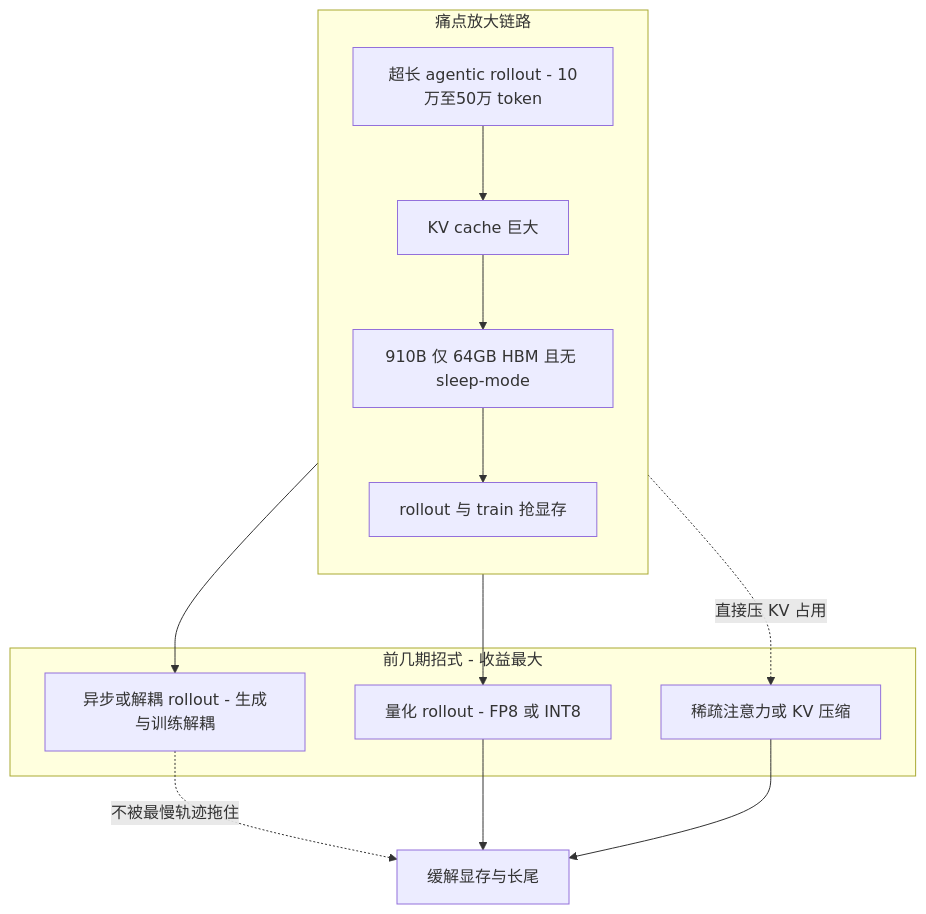
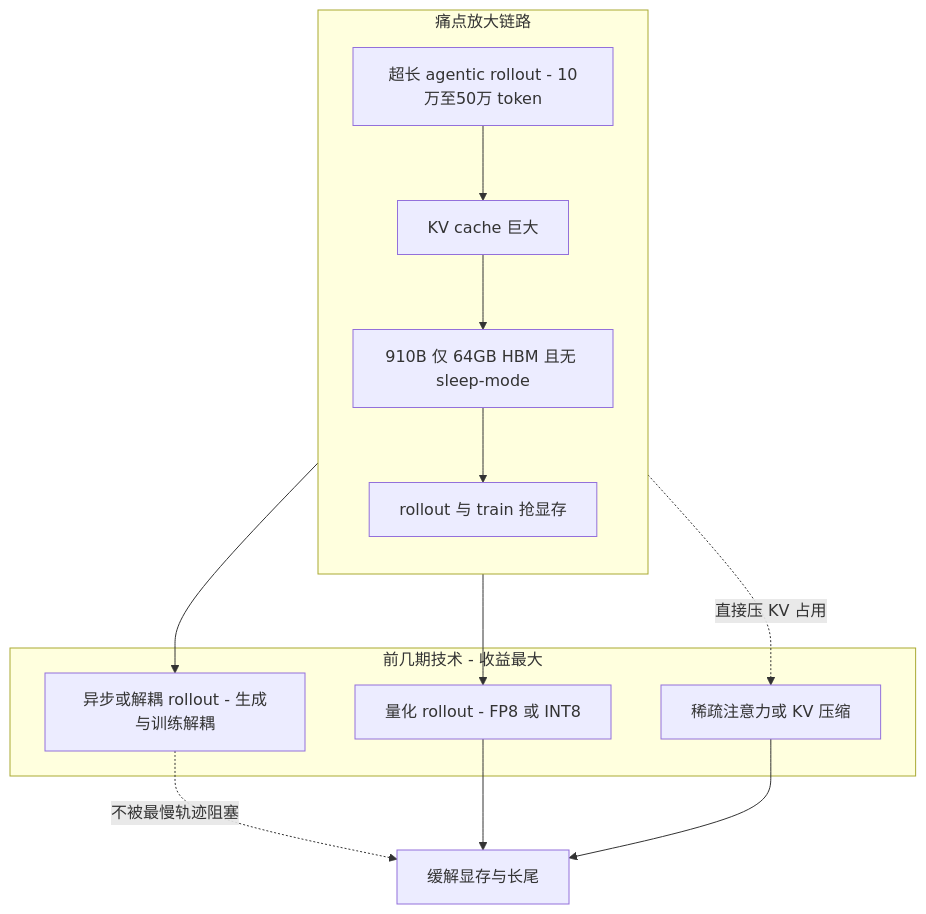
Before and after one commit to lloo099/mission44: the fifth of 5 diagrams in docs/blog/dispatch-08-agentic-rl.md, drawn with Mermaid. The commit also changed other lines of this file and 22 other files, not shown here.

````diff
--- a/docs/blog/dispatch-08-agentic-rl.md
+++ b/docs/blog/dispatch-08-agentic-rl.md
@@ -174,20 +174,20 @@
 ```mermaid
 flowchart TB
   subgraph CHAIN ["痛点放大链路"]
     direction TB
     L1["超长 agentic rollout - 10万至50万 token"] --> L2["KV cache 巨大"]
     L2 --> L3["910B 仅 64GB HBM 且无 sleep-mode"]
     L3 --> L4["rollout 与 train 抢显存"]
   end
-  subgraph FIX ["前几期招式 - 收益最大"]
+  subgraph FIX ["前几期技术 - 收益最大"]
     F1["异步或解耦 rollout - 生成与训练解耦"]
     F2["量化 rollout - FP8 或 INT8"]
     F3["稀疏注意力或 KV 压缩"]
   end
   L4 --> F1
   L4 --> F2
   L2 -. "直接压 KV 占用" .-> F3
-  F1 -. "不被最慢轨迹拖住" .-> WIN["缓解显存与长尾"]
+  F1 -. "不被最慢轨迹阻塞" .-> WIN["缓解显存与长尾"]
   F2 --> WIN
   F3 --> WIN
 ```
````
